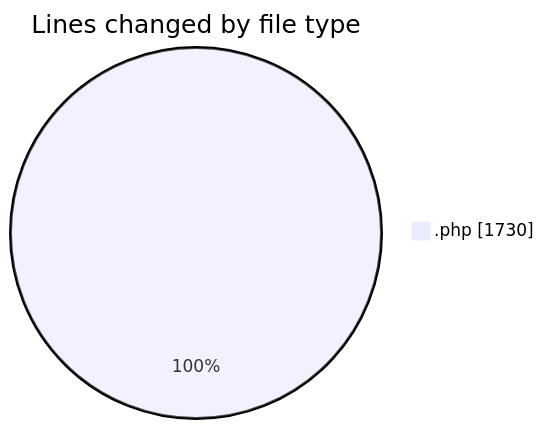
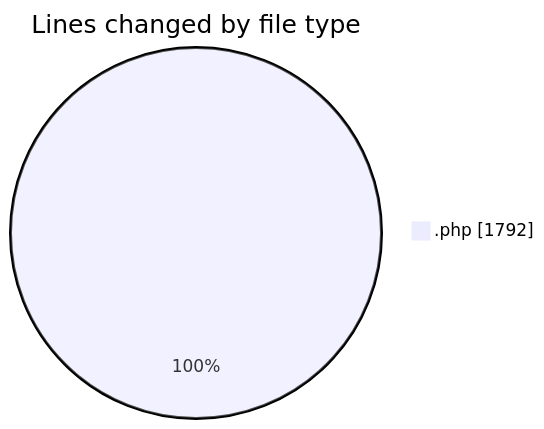
Before and after one commit to debugP/code-tracking: the first of 2 diagrams in 2025-10-06/untitled__workspace_/README.md, drawn with Mermaid. The commit also changed other lines of this file and 1 other file, not shown here.

````diff
--- a/2025-10-06/untitled__workspace_/README.md
+++ b/2025-10-06/untitled__workspace_/README.md
@@ -21,5 +22,5 @@
 ```mermaid
 pie showData
 title Lines changed by file type
-".php" : 1730
+".php" : 1792
 ```
````
